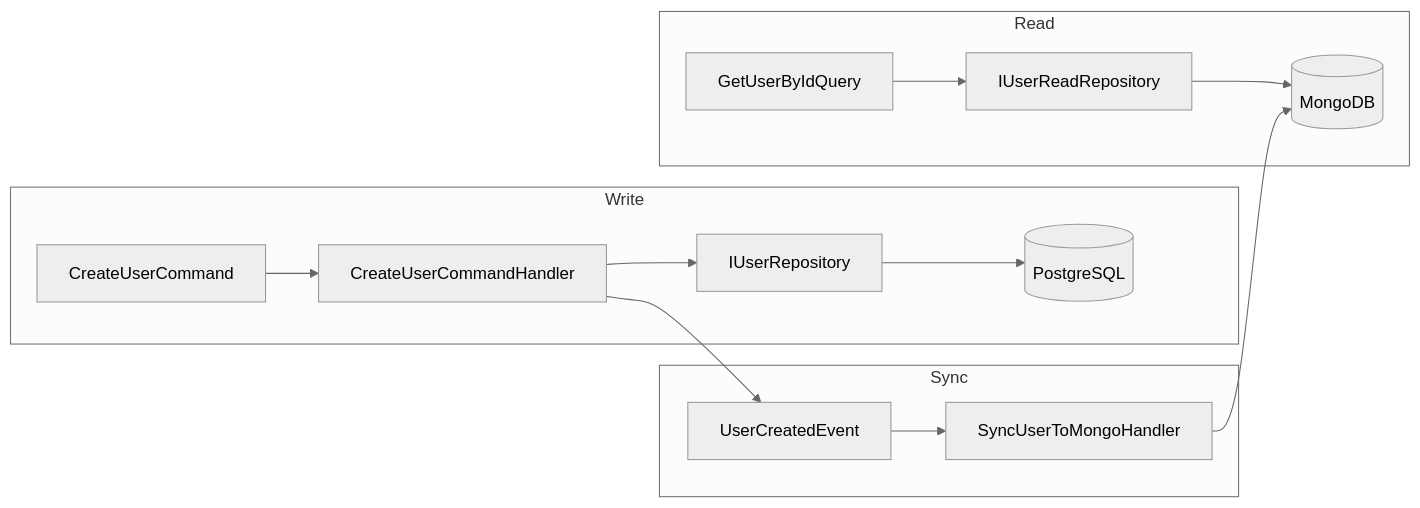
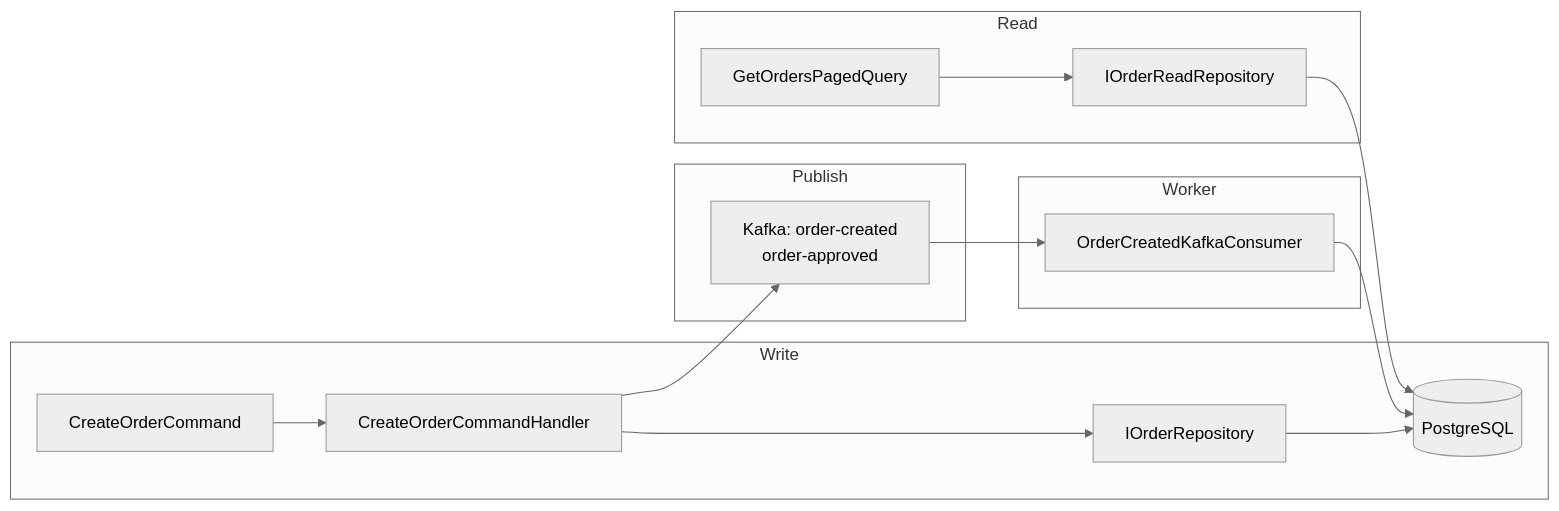
The diagram in Back-end/docs/persistence-polyglot.md (roberthsx/gestao-pedidos-minerva), drawn with Mermaid (neutral theme) before and after one commit. The commit also changed other lines of this file and 2930 other files, not shown here.

````diff
--- a/Back-end/docs/persistence-polyglot.md
+++ b/Back-end/docs/persistence-polyglot.md
@@ -15,23 +14,24 @@
 ```mermaid
 flowchart LR
     subgraph Write
-        C[CreateUserCommand]
-        H[CreateUserCommandHandler]
-        R[IUserRepository]
+        C[CreateOrderCommand]
+        H[CreateOrderCommandHandler]
+        R[IOrderRepository]
         PG[(PostgreSQL)]
         C --> H --> R --> PG
     end
-    subgraph Sync
-        E[UserCreatedEvent]
-        SH[SyncUserToMongoHandler]
-        E --> SH
+    subgraph Publish
+        K[Kafka: order-created\norder-approved]
+        H --> K
     end
     subgraph Read
-        Q[GetUserByIdQuery]
-        RR[IUserReadRepository]
-        M[(MongoDB)]
-        Q --> RR --> M
+        Q[GetOrdersPagedQuery]
+        RR[IOrderReadRepository]
+        Q --> RR --> PG
     end
-    H --> E
-    SH --> M
+    subgraph Worker
+        W[OrderCreatedKafkaConsumer]
+        W --> PG
+        K --> W
+    end
 ```
````
